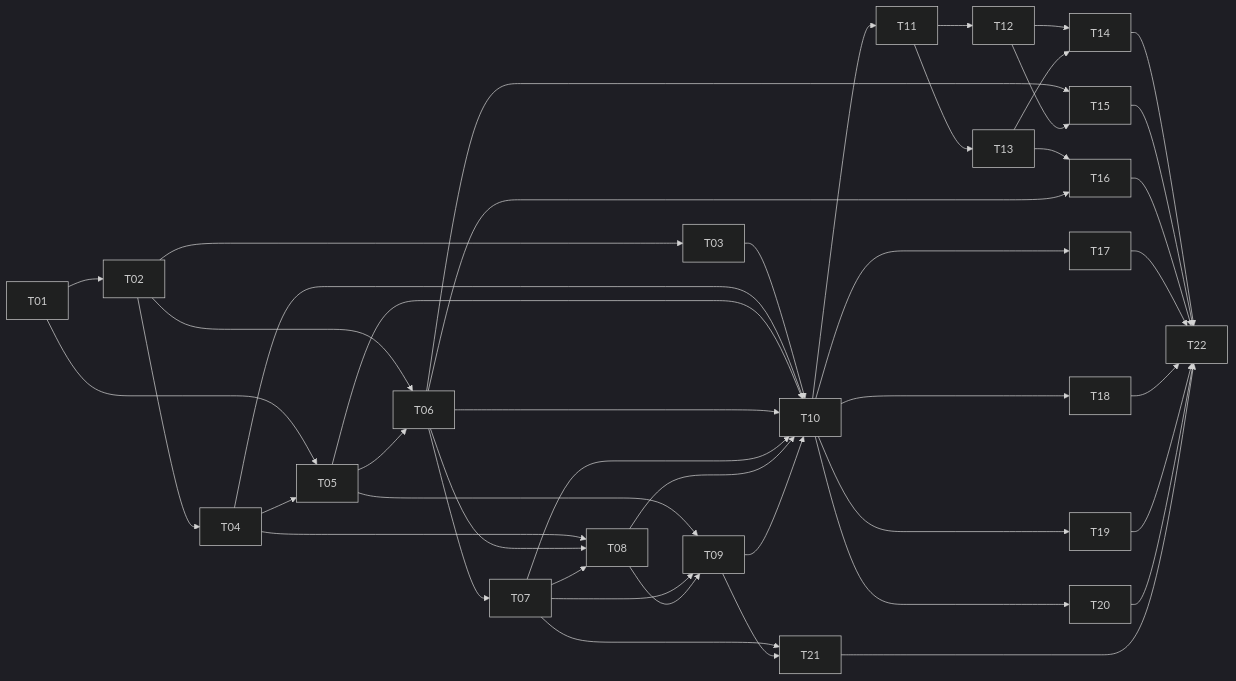
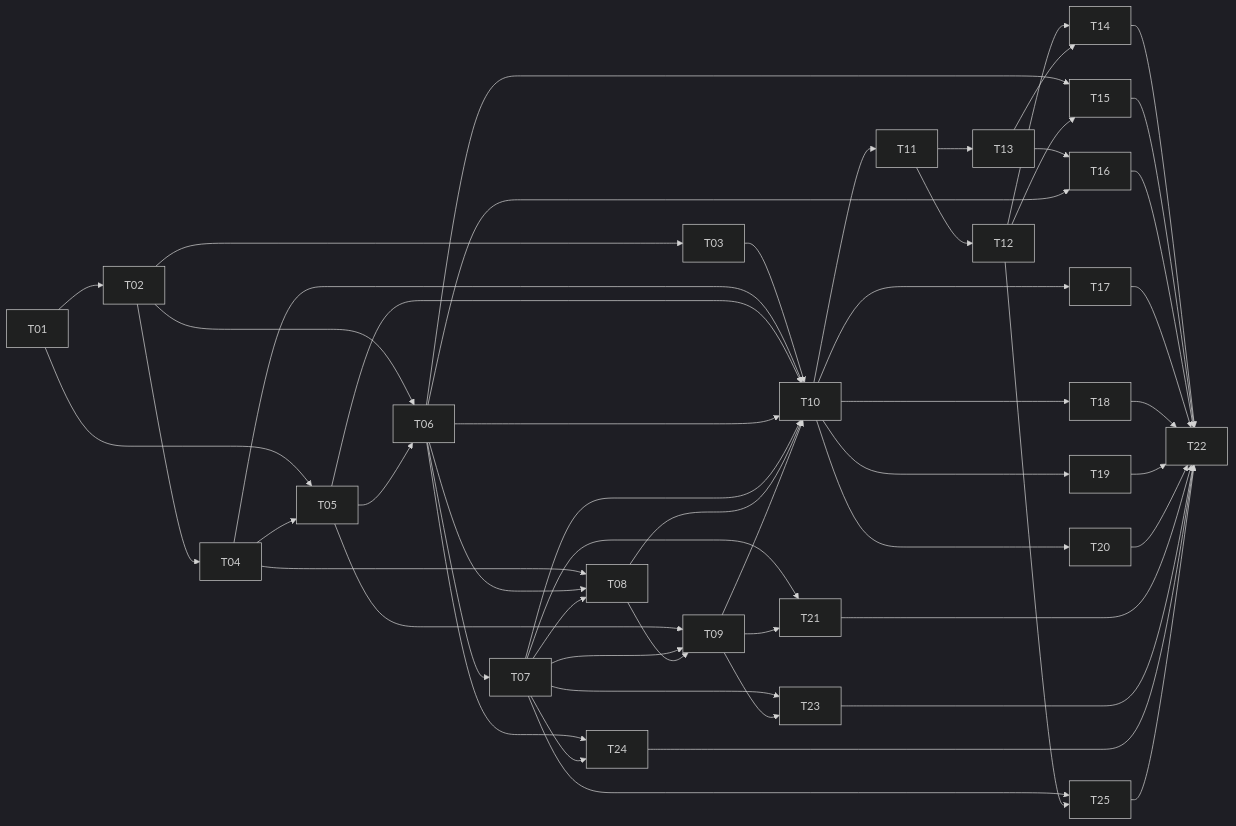
The diagram in PLANNING.md (santiarrto/dice-game), drawn with Mermaid (dark theme) before and after one commit. The commit also changed other lines of this file and 24 other files, not shown here.

````diff
--- a/PLANNING.md
+++ b/PLANNING.md
@@ -186,47 +205,56 @@
 ```mermaid
 flowchart LR
   T01 --> T02
   T01 --> T05
   T02 --> T03
   T02 --> T04
   T02 --> T06
   T04 --> T05
   T05 --> T06
   T06 --> T07
   T04 --> T08
   T06 --> T08
   T07 --> T08
   T05 --> T09
   T07 --> T09
   T08 --> T09
   T03 --> T10
   T04 --> T10
   T05 --> T10
   T06 --> T10
   T07 --> T10
   T08 --> T10
   T09 --> T10
   T10 --> T11
   T11 --> T12
   T11 --> T13
   T12 --> T14
   T13 --> T14
   T06 --> T15
   T12 --> T15
   T13 --> T16
   T06 --> T16
   T10 --> T17
   T10 --> T18
   T10 --> T19
   T10 --> T20
   T07 --> T21
   T09 --> T21
+  T07 --> T23
+  T09 --> T23
+  T06 --> T24
+  T07 --> T24
+  T07 --> T25
+  T12 --> T25
   T14 --> T22
   T15 --> T22
   T16 --> T22
   T17 --> T22
   T18 --> T22
   T19 --> T22
   T20 --> T22
   T21 --> T22
+  T23 --> T22
+  T24 --> T22
+  T25 --> T22
 ```
````
